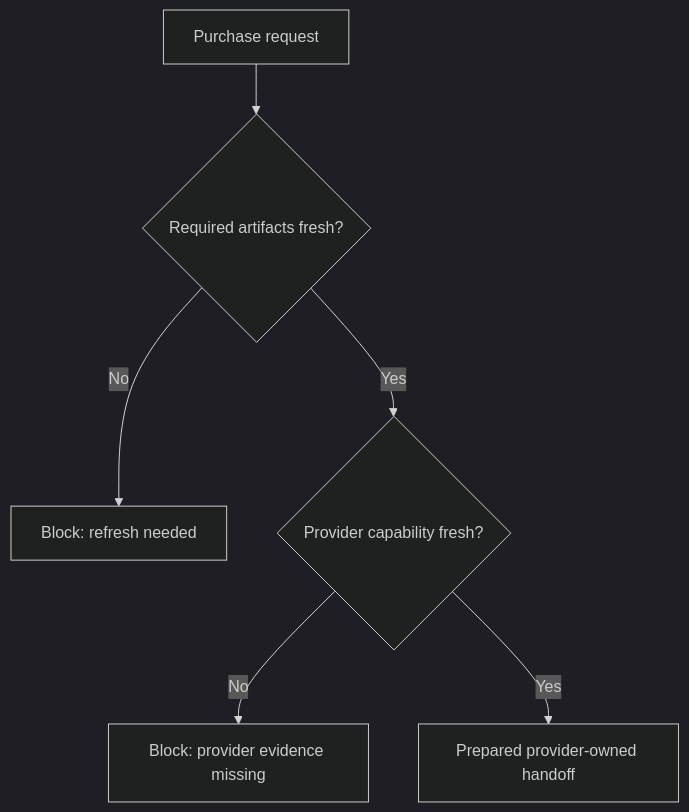
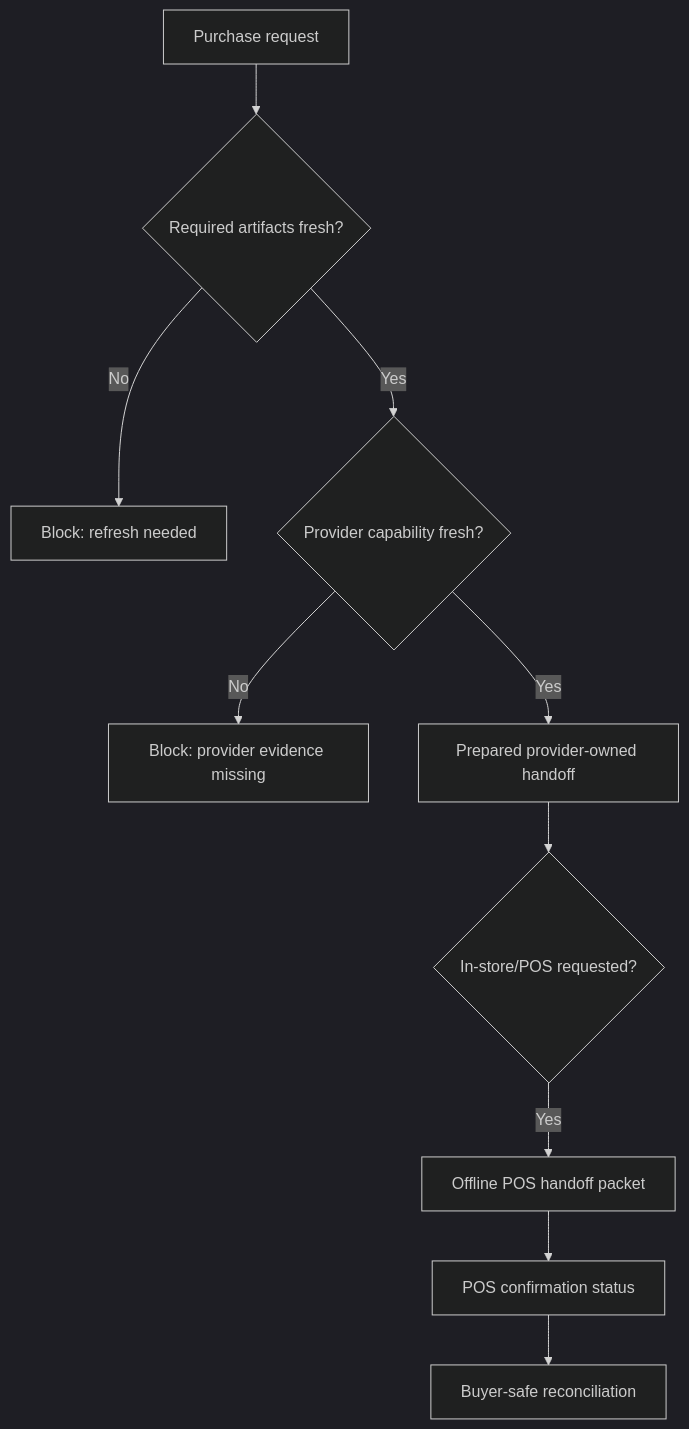
One commit to mishrasanjeev/agentic-org changed the diagram in docs/oacp/purchase-mandate-handoff.md. Above: the diagram before and after it, drawn with Mermaid (dark theme). The commit also changed other lines of this file and 28 other files, not shown here.

Commit message:
Implement Offline POS Bridge runtime slice

````diff
--- a/docs/oacp/purchase-mandate-handoff.md
+++ b/docs/oacp/purchase-mandate-handoff.md
@@ -21,8 +28,12 @@
 ```mermaid
 flowchart TD
   request[Purchase request] --> artifacts{Required artifacts fresh?}
   artifacts -->|No| block1[Block: refresh needed]
   artifacts -->|Yes| provider{Provider capability fresh?}
   provider -->|No| block2[Block: provider evidence missing]
   provider -->|Yes| prepared[Prepared provider-owned handoff]
+  prepared --> pos{In-store/POS requested?}
+  pos -->|Yes| packet[Offline POS handoff packet]
+  packet --> callback[POS confirmation status]
+  callback --> reconcile[Buyer-safe reconciliation]
 ```
````
